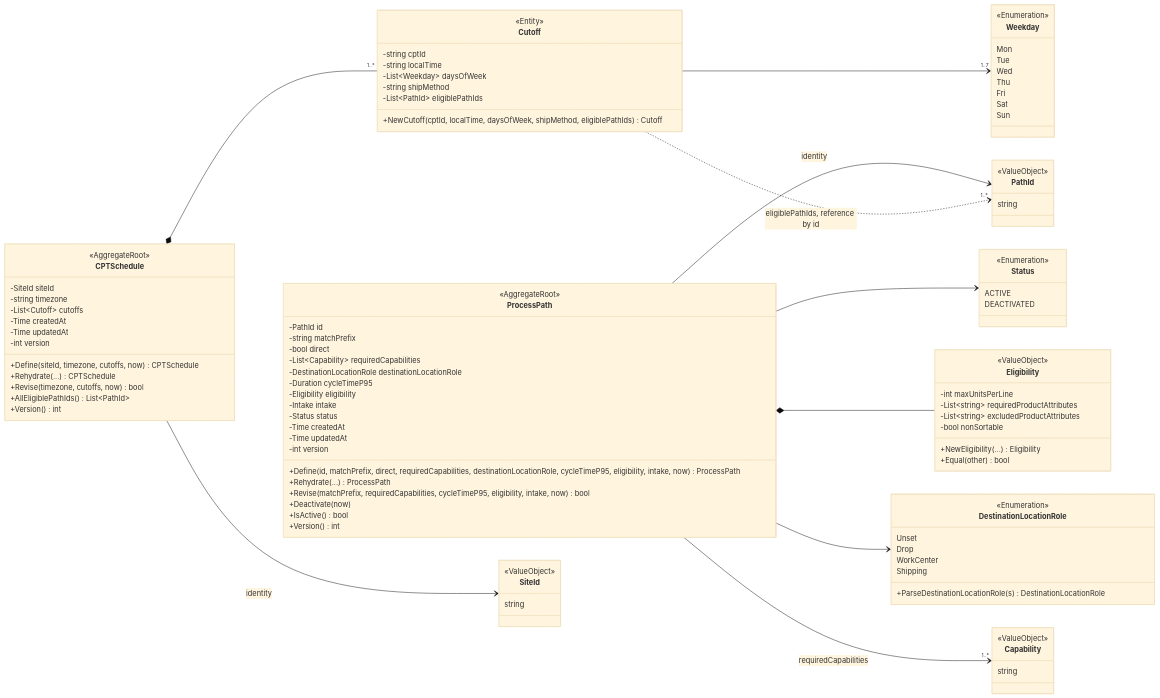
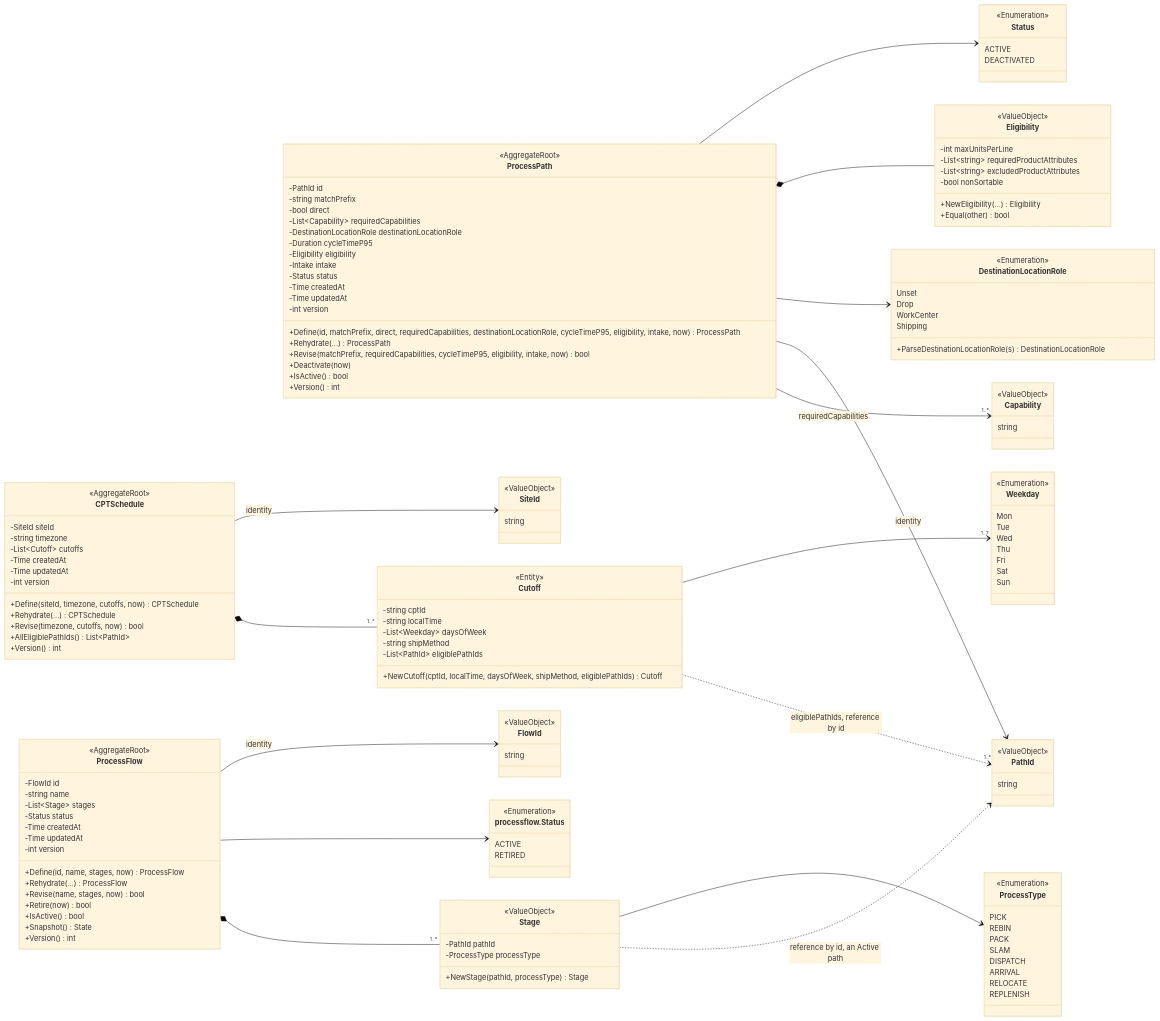
The first of 3 diagrams in docs/docs/ddd/class-diagram.md (IQVO/process-path-management), drawn with Mermaid (base theme) before and after one commit. The commit also changed other lines of this file and 18 other files, not shown here.

First line of the commit message:
docs: describe the ProcessFlow aggregate (ADR 0042) in the README and docs pages

````diff
--- a/docs/docs/ddd/class-diagram.md
+++ b/docs/docs/ddd/class-diagram.md
@@ -82,6 +82,54 @@
         Sun
     }
 
+    class ProcessFlow {
+        <<AggregateRoot>>
+        -FlowId id
+        -string name
+        -List~Stage~ stages
+        -Status status
+        -Time createdAt
+        -Time updatedAt
+        -int version
+        +Define(id, name, stages, now) ProcessFlow
+        +Rehydrate(...) ProcessFlow
+        +Revise(name, stages, now) bool
+        +Retire(now) bool
+        +IsActive() bool
+        +Snapshot() State
+        +Version() int
+    }
+
+    class Stage {
+        <<ValueObject>>
+        -PathId pathId
+        -ProcessType processType
+        +NewStage(pathId, processType) Stage
+    }
+
+    class ProcessType {
+        <<Enumeration>>
+        PICK
+        REBIN
+        PACK
+        SLAM
+        DISPATCH
+        ARRIVAL
+        RELOCATE
+        REPLENISH
+    }
+
+    class FlowStatus["processflow.Status"] {
+        <<Enumeration>>
+        ACTIVE
+        RETIRED
+    }
+
+    class FlowId {
+        <<ValueObject>>
+        string
+    }
+
     class Eligibility {
         <<ValueObject>>
         -int maxUnitsPerLine
@@ -123,4 +171,9 @@
     CPTSchedule *-- "1..*" Cutoff
     Cutoff --> "1..7" Weekday
     Cutoff ..> "1..*" PathId : eligiblePathIds, reference by id
+    ProcessFlow --> FlowId : identity
+    ProcessFlow --> FlowStatus
+    ProcessFlow *-- "1..*" Stage
+    Stage --> ProcessType
+    Stage ..> PathId : reference by id, an Active path
 ```
````
